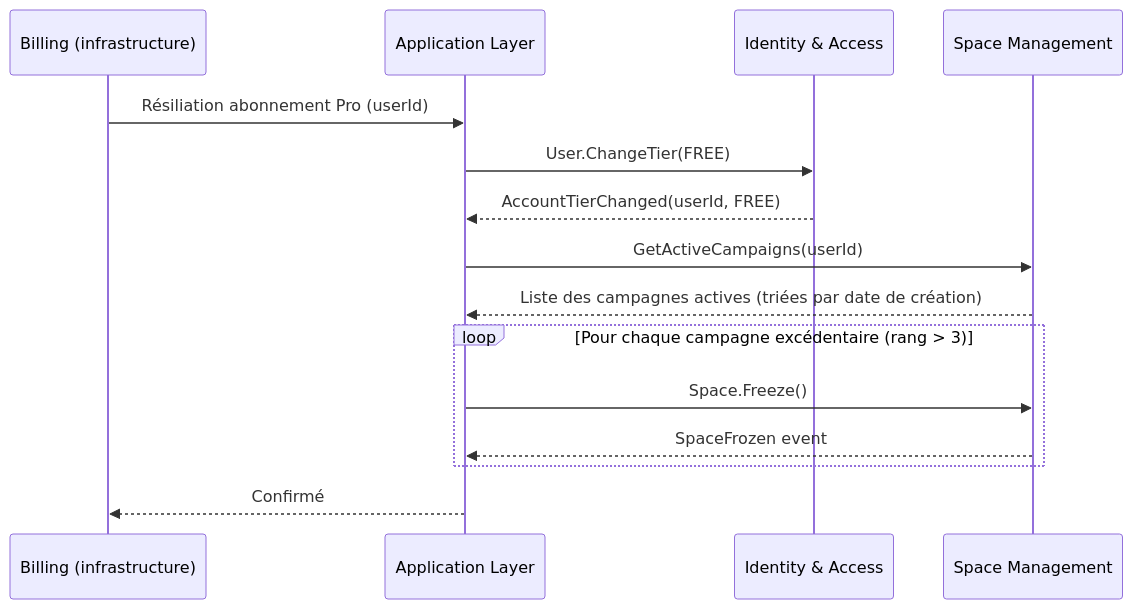
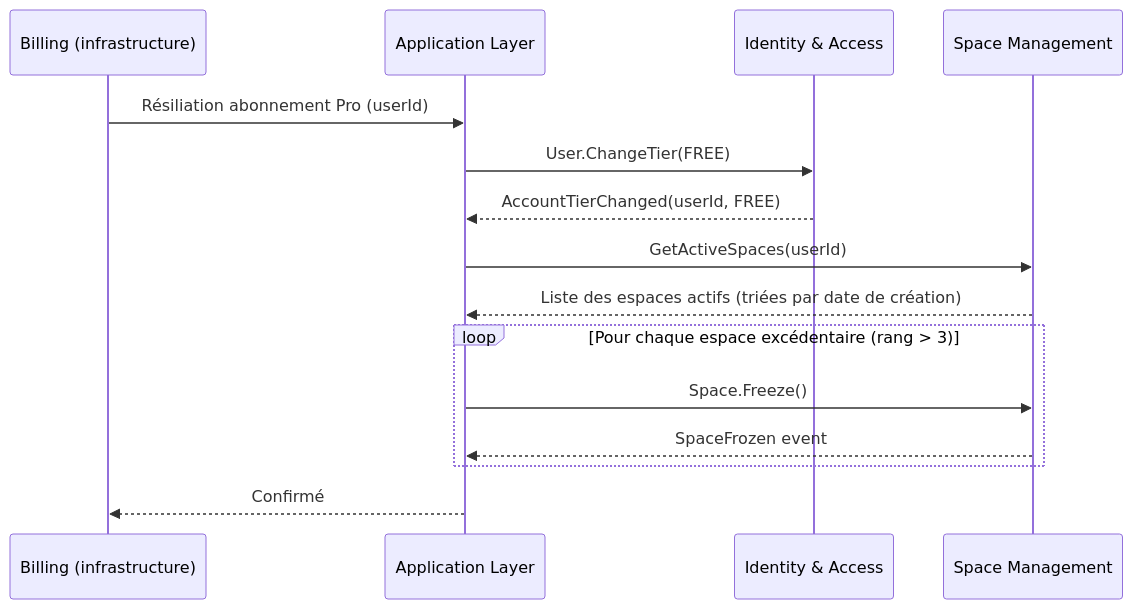
The fifth of 7 diagrams in docs/conception/domain/diagrams/flows/space-management.md (2025-10-CDA-ECO-P6/PM-micro-saas), drawn with Mermaid before and after one commit. The commit also changed other lines of this file and 68 other files, not shown here.

````diff
--- a/docs/conception/domain/diagrams/flows/space-management.md
+++ b/docs/conception/domain/diagrams/flows/space-management.md
@@ -84,18 +84,18 @@
 ```mermaid
 sequenceDiagram
     participant Billing as Billing (infrastructure)
     participant App as Application Layer
     participant IA as Identity & Access
-    participant CM as Space Management
+    participant SM as Space Management
 
     Billing->>App: Résiliation abonnement Pro (userId)
     App->>IA: User.ChangeTier(FREE)
     IA-->>App: AccountTierChanged(userId, FREE)
-    App->>CM: GetActiveCampaigns(userId)
-    CM-->>App: Liste des campagnes actives (triées par date de création)
-    loop Pour chaque campagne excédentaire (rang > 3)
-        App->>CM: Space.Freeze()
-        CM-->>App: SpaceFrozen event
+    App->>SM: GetActiveSpaces(userId)
+    SM-->>App: Liste des espaces actifs (triées par date de création)
+    loop Pour chaque espace excédentaire (rang > 3)
+        App->>SM: Space.Freeze()
+        SM-->>App: SpaceFrozen event
     end
     App-->>Billing: Confirmé
 ```
````
